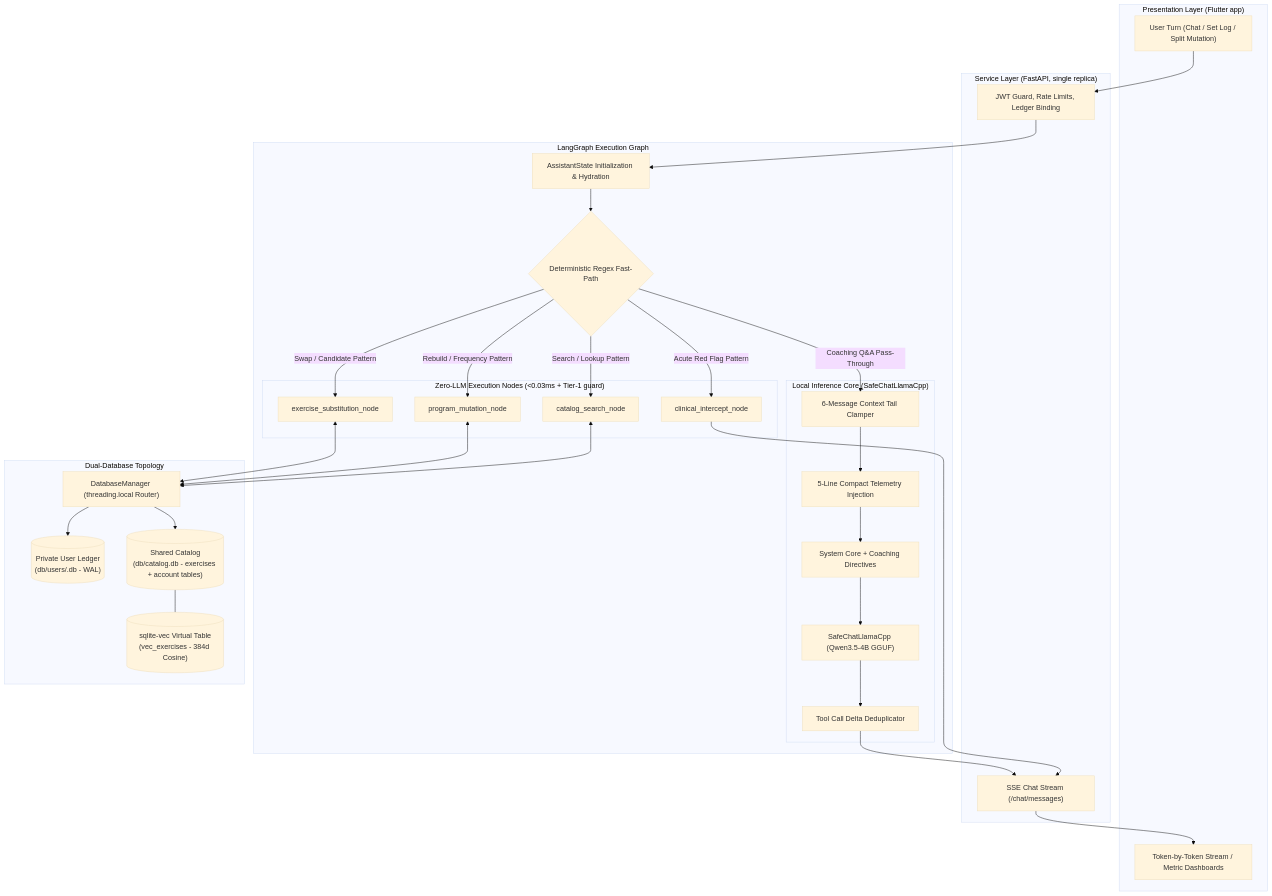
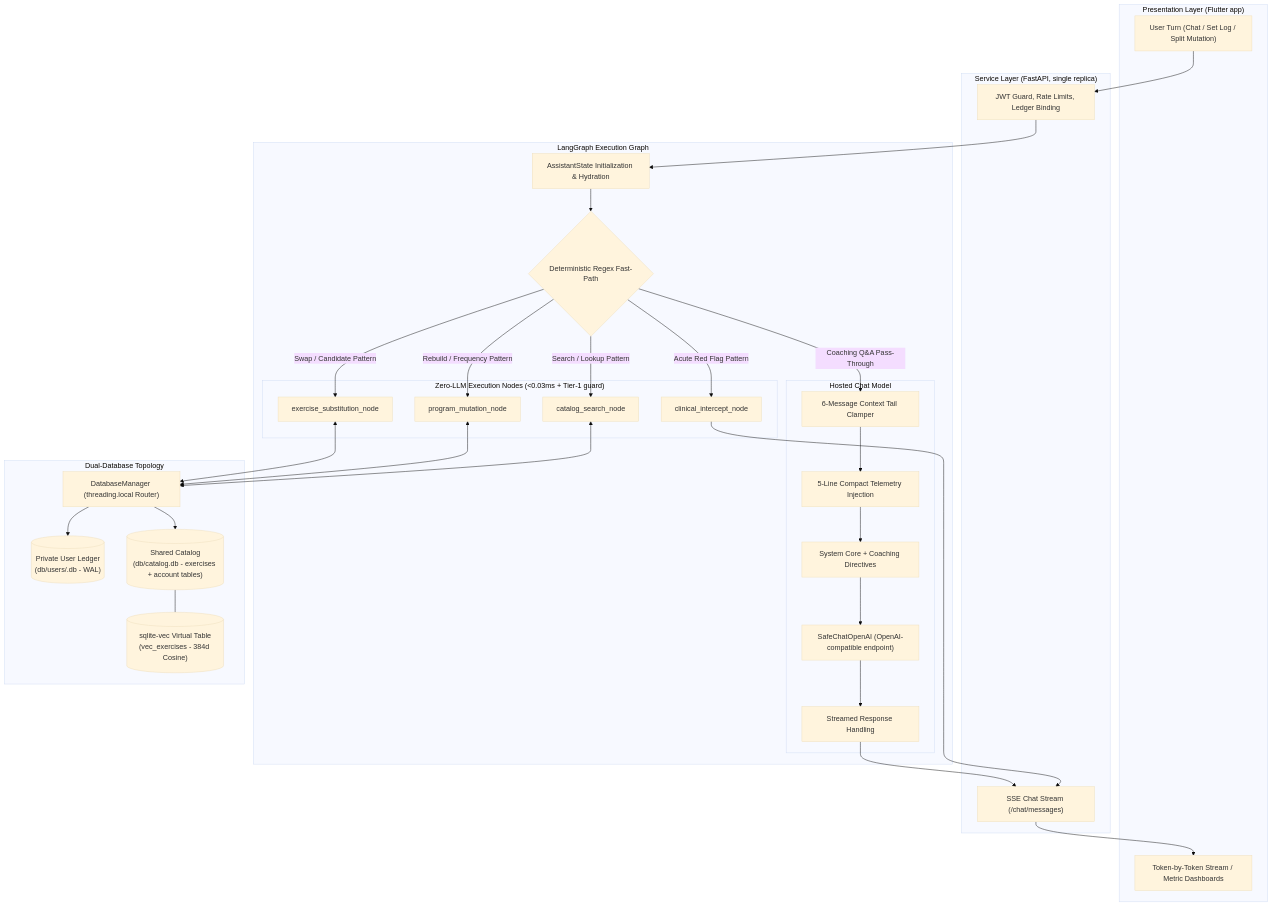
The first of 8 diagrams in docs/ARCHITECTURE.md (ahmedtvmer/MAYOS), drawn with Mermaid (base theme) before and after one commit. The commit also changed other lines of this file and 64 other files, not shown here.

Commit message:
refactor: remove the local GGUF chat backend; hosted-only models with a scripted fake for tests (#266)

````diff
--- a/docs/ARCHITECTURE.md
+++ b/docs/ARCHITECTURE.md
@@ -11,70 +11,70 @@
 ```mermaid
 flowchart TD
     subgraph UI_Layer ["Presentation Layer (Flutter app)"]
         UI_Input["User Turn (Chat / Set Log / Split Mutation)"]
         UI_Render["Token-by-Token Stream / Metric Dashboards"]
     end
 
     subgraph Service_Layer ["Service Layer (FastAPI, single replica)"]
         API_Auth["JWT Guard, Rate Limits, Ledger Binding"]
         API_SSE["SSE Chat Stream (/chat/messages)"]
     end
 
     subgraph LangGraph_Engine ["LangGraph Execution Graph"]
         State_Init["AssistantState Initialization & Hydration"]
         Fast_Router{"Deterministic Regex Fast-Path"}
 
         subgraph Deterministic_Nodes ["Zero-LLM Execution Nodes (<0.03ms + Tier-1 guard)"]
             Node_Clinical["clinical_intercept_node"]
             Node_Sub["exercise_substitution_node"]
             Node_Mutation["program_mutation_node"]
             Node_Catalog["catalog_search_node"]
         end
 
-        subgraph In_Process_LLM ["Local Inference Core (SafeChatLlamaCpp)"]
+        subgraph Hosted_LLM ["Hosted Chat Model"]
             Context_Clamper["6-Message Context Tail Clamper"]
             Telemetry_Hydrator["5-Line Compact Telemetry Injection"]
             Prompt_Assembler["System Core + Coaching Directives"]
-            LLM_Stream["SafeChatLlamaCpp (Qwen3.5-4B GGUF)"]
-            Chunk_Sanitizer["Tool Call Delta Deduplicator"]
+            LLM_Stream["SafeChatOpenAI (OpenAI-compatible endpoint)"]
+            Chunk_Sanitizer["Streamed Response Handling"]
         end
     end
 
     subgraph Storage_Layer ["Dual-Database Topology"]
         DBM["DatabaseManager (threading.local Router)"]
         User_WAL[("Private User Ledger\n(db/users/<id>.db - WAL)")]
         Catalog_Shared[("Shared Catalog\n(db/catalog.db - exercises + account tables)")]
         Vec_Index[("sqlite-vec Virtual Table\n(vec_exercises - 384d Cosine)")]
     end
 
     UI_Input --> API_Auth
     API_Auth --> State_Init
     State_Init --> Fast_Router
 
     %% Deterministic Fast Paths
     Fast_Router -- "Acute Red Flag Pattern" --> Node_Clinical
     Fast_Router -- "Swap / Candidate Pattern" --> Node_Sub
     Fast_Router -- "Rebuild / Frequency Pattern" --> Node_Mutation
     Fast_Router -- "Search / Lookup Pattern" --> Node_Catalog
 
     %% Non-Deterministic Coaching Path
     Fast_Router -- "Coaching Q&A Pass-Through" --> Context_Clamper
 
     Context_Clamper --> Telemetry_Hydrator
     Telemetry_Hydrator --> Prompt_Assembler
     Prompt_Assembler --> LLM_Stream
     LLM_Stream --> Chunk_Sanitizer
     Chunk_Sanitizer --> API_SSE
     API_SSE --> UI_Render
 
     %% Deterministic Node Storage Operations
     Node_Clinical --> API_SSE
     Node_Sub <--> DBM
     Node_Mutation <--> DBM
     Node_Catalog <--> DBM
 
     %% Database Routing
     DBM --> User_WAL
     DBM --> Catalog_Shared
     Catalog_Shared --- Vec_Index
 ```
````
